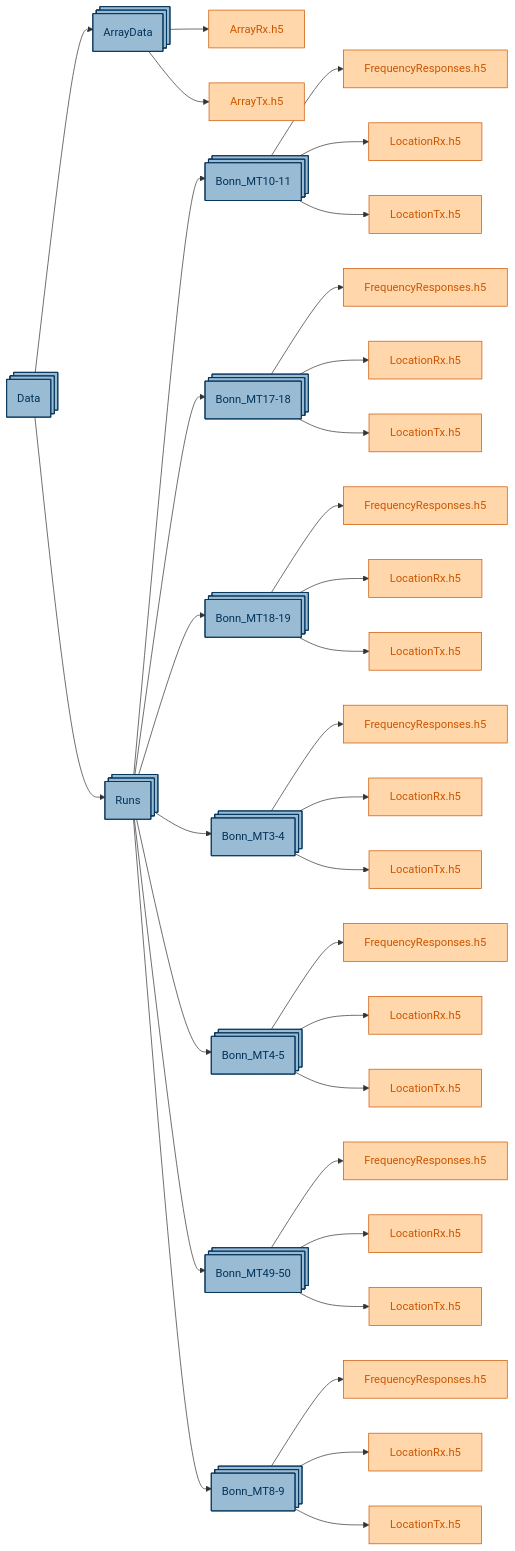
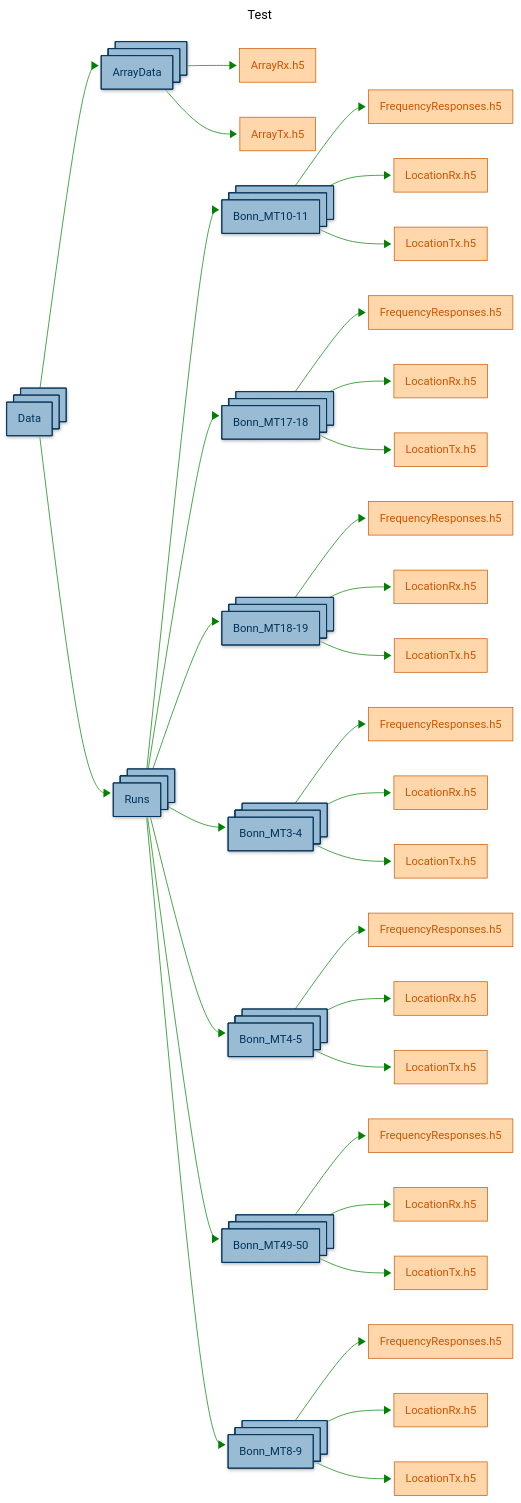
Before and after one commit to EMS-TU-Ilmenau/EMS-TU-Ilmenau.github.io: the diagram in content/dataset/fyoris/index.md, drawn with Mermaid.

Commit message:
change on front matter

````diff
--- a/content/dataset/fyoris/index.md
+++ b/content/dataset/fyoris/index.md
@@ -39,4 +39,15 @@
 ```mermaid
+---
+title: Test
+displayMode: compact
+layout: elk
+config:
+  theme: neutral
+  look: neo
+  themeVariables:
+    lineColor: green
+---
+
 flowchart LR
 _scratch_som_ReFoDat_Fyoris_Data@{label: "Data", shape: procs}
 _scratch_som_ReFoDat_Fyoris_Data:::colorGroup
````
